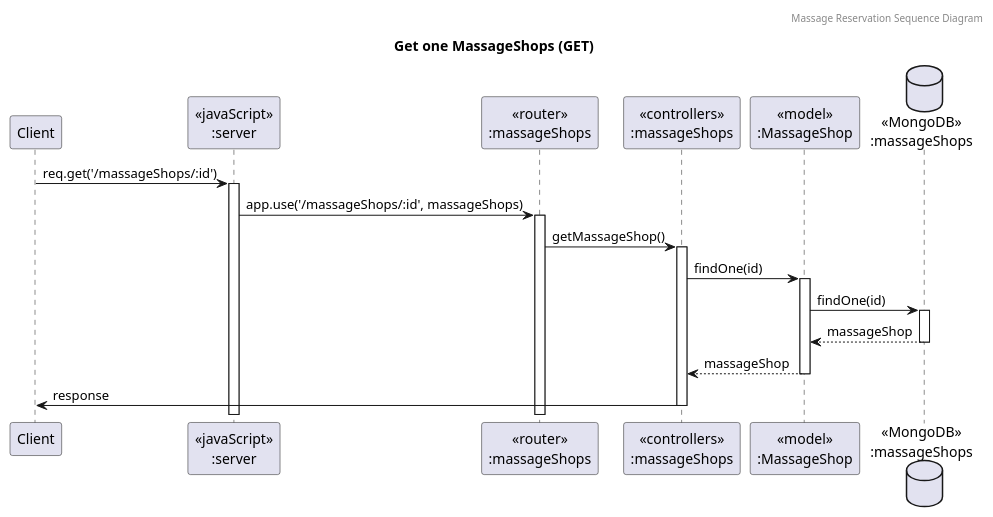
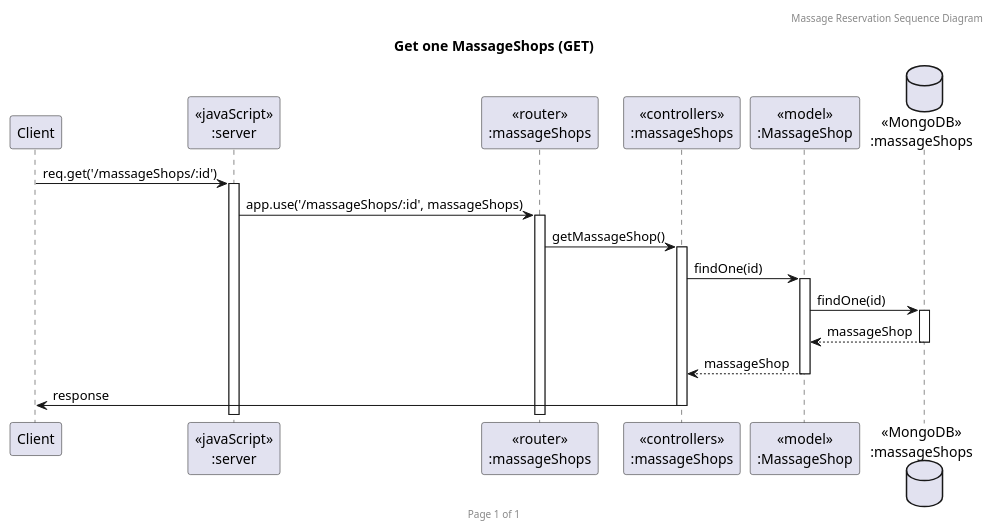
One commit to papongun/SW-Dev-Backend-Project changed the diagram in diagrams/sequence-diagrams/massageShop/MsgRes_MsgShop_GET_one.puml. Above: the diagram before and after it, drawn with PlantUML. The commit also changed 1 other file, not shown here.

Commit message:
[FIX] add footer

```diff
--- a/diagrams/sequence-diagrams/massageShop/MsgRes_MsgShop_GET_one.puml
+++ b/diagrams/sequence-diagrams/massageShop/MsgRes_MsgShop_GET_one.puml
@@ -1,22 +1,23 @@
 @startuml Get One MassageShops (GET)
 
 title "Get one MassageShops (GET)"
+footer Page %page% of %lastpage%
 header Massage Reservation Sequence Diagram
 
 participant "Client" as client
 participant "<<javaScript>>\n:server" as server
 participant "<<router>>\n:massageShops" as routerMassageShops
 participant "<<controllers>>\n:massageShops" as controllersMassageShops
 participant "<<model>>\n:MassageShop" as modelMassageShop
 database "<<MongoDB>>\n:massageShops" as MassageShopsDatabase
 
 client->server ++:req.get('/massageShops/:id')
 server->routerMassageShops ++:app.use('/massageShops/:id', massageShops)
 routerMassageShops -> controllersMassageShops ++:getMassageShop()
 controllersMassageShops->modelMassageShop ++:findOne(id)
 modelMassageShop ->MassageShopsDatabase ++: findOne(id)
 MassageShopsDatabase --> modelMassageShop --: massageShop
 controllersMassageShops <-- modelMassageShop --:massageShop
 controllersMassageShops->client --:response
 
 @enduml
```
